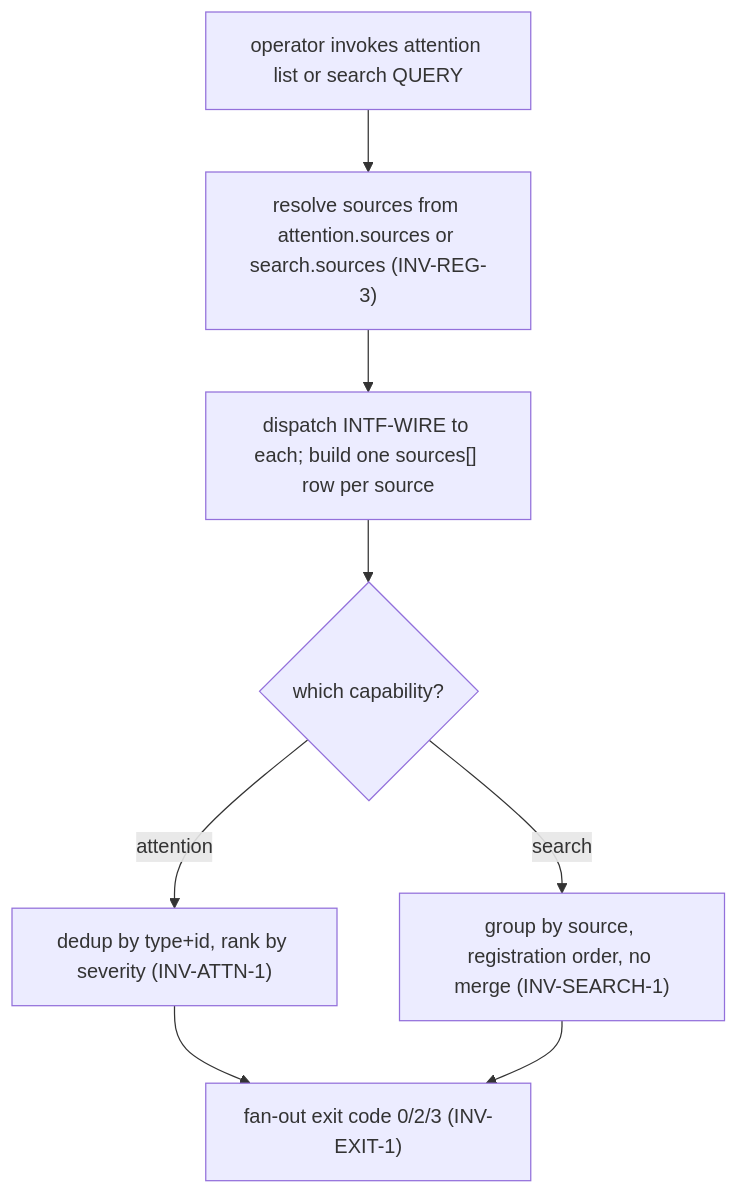
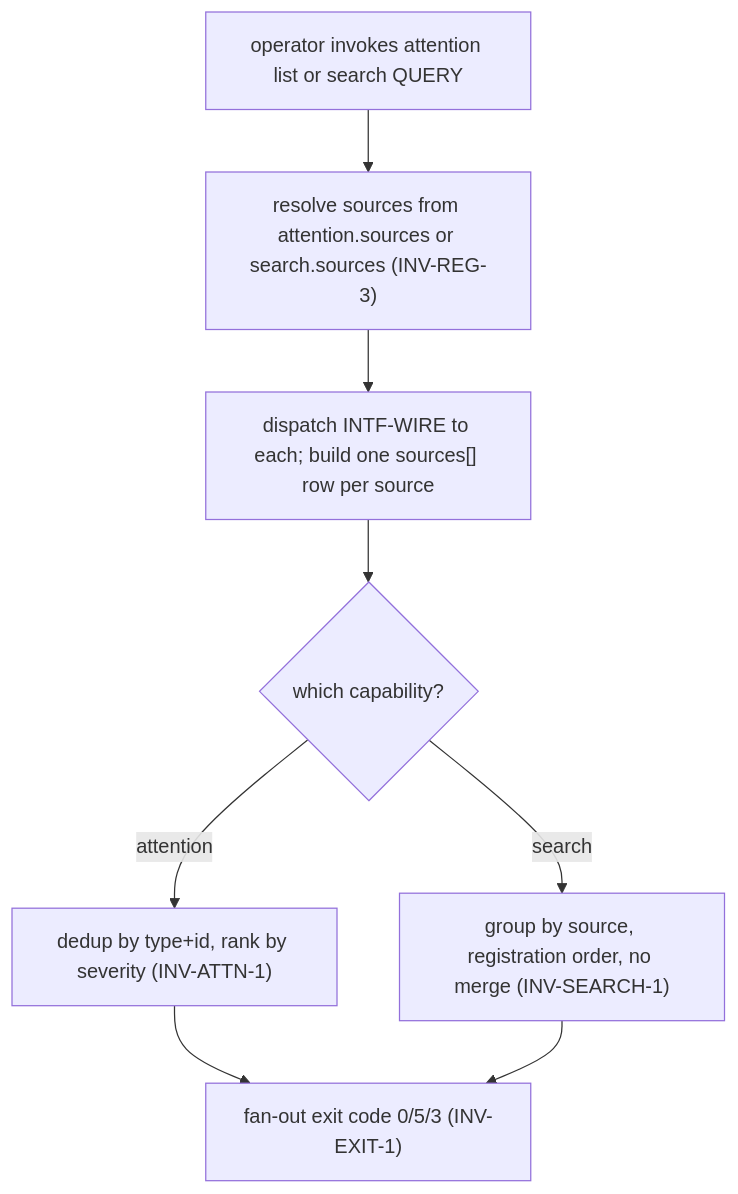
The seventh of 15 diagrams in packages/pg-connector/docs/behavior/journeys.md (phillipgreenii/nix-agent-support), drawn with Mermaid before and after one commit. The commit also changed other lines of this file and 48 other files, not shown here.

````diff
--- a/packages/pg-connector/docs/behavior/journeys.md
+++ b/packages/pg-connector/docs/behavior/journeys.md
@@ -381,10 +383,10 @@
 ```mermaid
 flowchart TD
     call["operator invokes attention list or search QUERY"] --> resolve["resolve sources from attention.sources or search.sources (INV-REG-3)"]
     resolve --> loop["dispatch INTF-WIRE to each; build one sources[] row per source"]
     loop --> agg{"which capability?"}
     agg -->|"attention"| dedup["dedup by type+id, rank by severity (INV-ATTN-1)"]
     agg -->|"search"| group["group by source, registration order, no merge (INV-SEARCH-1)"]
-    dedup --> exit["fan-out exit code 0/2/3 (INV-EXIT-1)"]
+    dedup --> exit["fan-out exit code 0/5/3 (INV-EXIT-1)"]
     group --> exit
 ```
````
